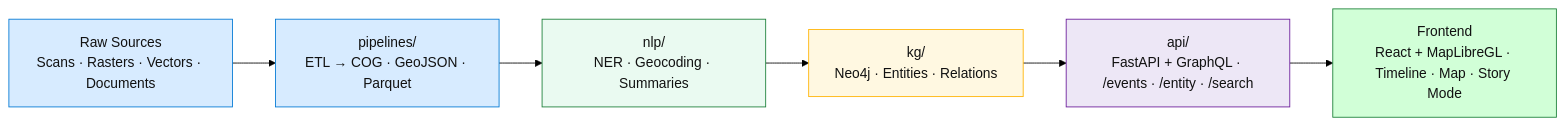
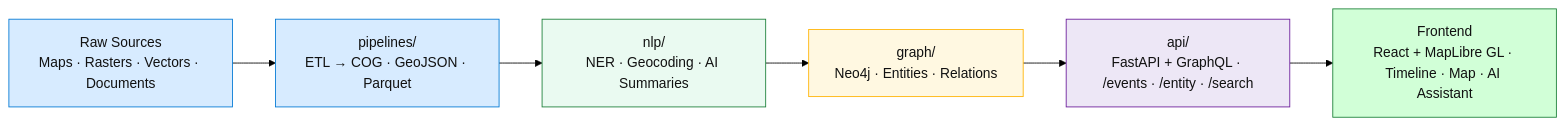
The diagram in src/README.md (bartytime4life/Kansas-Frontier-Matrix), drawn with Mermaid (forest theme) before and after one commit. The commit also changed other lines of this file, not shown here.

````diff
--- a/src/README.md
+++ b/src/README.md
@@ -66,21 +91,20 @@
 ```mermaid
 flowchart LR
-  A["Raw Sources<br/>Scans · Rasters · Vectors · Documents"] --> B["pipelines/<br/>ETL → COG · GeoJSON · Parquet"]
-  B --> C["nlp/<br/>NER · Geocoding · Summaries"]
-  C --> D["kg/<br/>Neo4j · Entities · Relations"]
+  A["Raw Sources<br/>Maps · Rasters · Vectors · Documents"] --> B["pipelines/<br/>ETL → COG · GeoJSON · Parquet"]
+  B --> C["nlp/<br/>NER · Geocoding · AI Summaries"]
+  C --> D["graph/<br/>Neo4j · Entities · Relations"]
   D --> E["api/<br/>FastAPI + GraphQL · /events · /entity · /search"]
-  E --> F["Frontend<br/>React + MapLibreGL · Timeline · Map · Story Mode"]
+  E --> F["Frontend<br/>React + MapLibre GL · Timeline · Map · AI Assistant"]
 
-  %% Styles (GitHub-safe)
   classDef src fill:#d7ebff,stroke:#0078d4,color:#111;
   classDef ai fill:#eafaf1,stroke:#1a7f37,color:#111;
   classDef kg fill:#fff8e1,stroke:#ffb300,color:#111;
   classDef api fill:#ede7f6,stroke:#6a1b9a,color:#111;
   classDef ui fill:#d1ffd7,stroke:#1a7f37,color:#111;
 
   class A,B src;
   class C ai;
   class D kg;
   class E api;
   class F ui;
 ```
````
